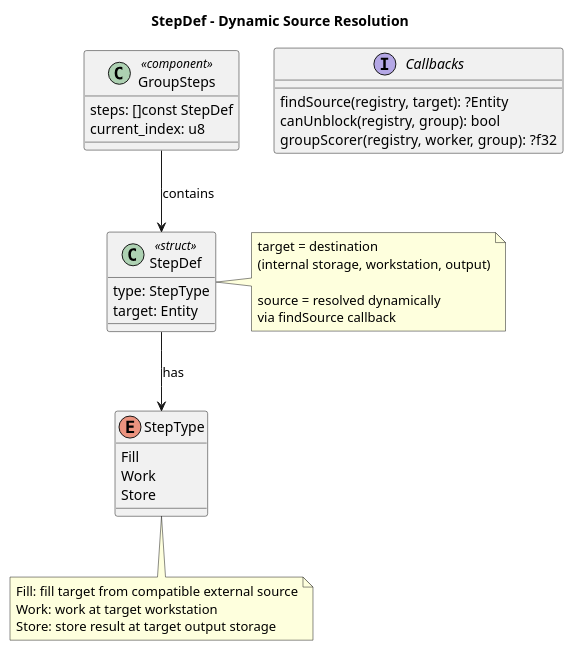
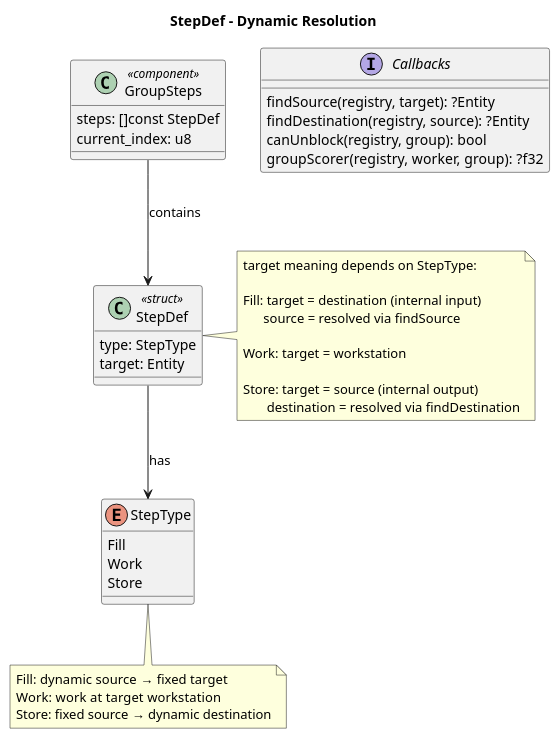
Before and after one commit to labelle-toolkit/labelle-tasks: the diagram in uml/step_def.puml, drawn with PlantUML. The commit also changed 5 other files, not shown here.

First line of the commit message:
Add internal output storage and Store step flow

```diff
--- a/uml/step_def.puml
+++ b/uml/step_def.puml
@@ -1,43 +1,48 @@
 @startuml step_def
-title StepDef - Dynamic Source Resolution
+title StepDef - Dynamic Resolution
 
 class StepDef <<struct>> {
   type: StepType
   target: Entity
 }
 
 enum StepType {
   Fill
   Work
   Store
 }
 
 class GroupSteps <<component>> {
   steps: []const StepDef
   current_index: u8
 }
 
 interface "Callbacks" as callbacks {
   findSource(registry, target): ?Entity
+  findDestination(registry, source): ?Entity
   canUnblock(registry, group): bool
   groupScorer(registry, worker, group): ?f32
 }
 
 GroupSteps --> StepDef : contains
 StepDef --> StepType : has
 
 note right of StepDef
-  target = destination
-  (internal storage, workstation, output)
+  target meaning depends on StepType:
 
-  source = resolved dynamically
-  via findSource callback
+  Fill: target = destination (internal input)
+        source = resolved via findSource
+
+  Work: target = workstation
+
+  Store: target = source (internal output)
+         destination = resolved via findDestination
 end note
 
 note bottom of StepType
-  Fill: fill target from compatible external source
-  Work: work at target workstation
-  Store: store result at target output storage
+  Fill:  dynamic source → fixed target
+  Work:  work at target workstation
+  Store: fixed source → dynamic destination
 end note
 
 @enduml
```
